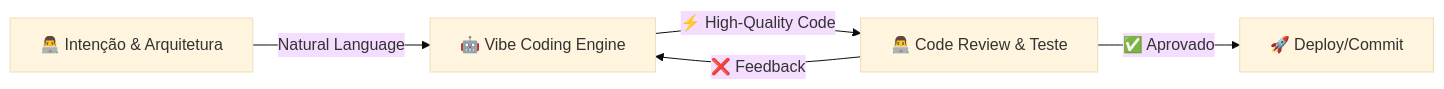
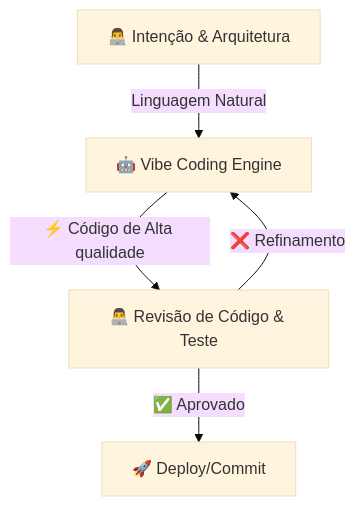
Before and after one commit to AugustoCamilo/UFG_NLP_rag_chatbot: the third of 3 diagrams in rag_chatbot/README.md, drawn with Mermaid (base theme). The commit also changed other lines of this file and 6 other files, not shown here.

````diff
--- a/rag_chatbot/README.md
+++ b/rag_chatbot/README.md
@@ -317,7 +317,7 @@
 ```mermaid
-graph LR
-    A[👨‍💻 Intenção & Arquitetura] -->|Natural Language| B[🤖 Vibe Coding Engine]
-    B -->|⚡ High-Quality Code| C[👨‍💻 Code Review & Teste]
-    C -->|❌ Feedback| B
+graph TD
+    A[👨‍💻 Intenção & Arquitetura] -->|Linguagem Natural| B[🤖 Vibe Coding Engine]
+    B -->|⚡ Código de Alta qualidade| C[👨‍💻 Revisão de Código & Teste]
+    C -->|❌ Refinamento| B
     C -->|✅ Aprovado| D[🚀 Deploy/Commit]
 ```
````
